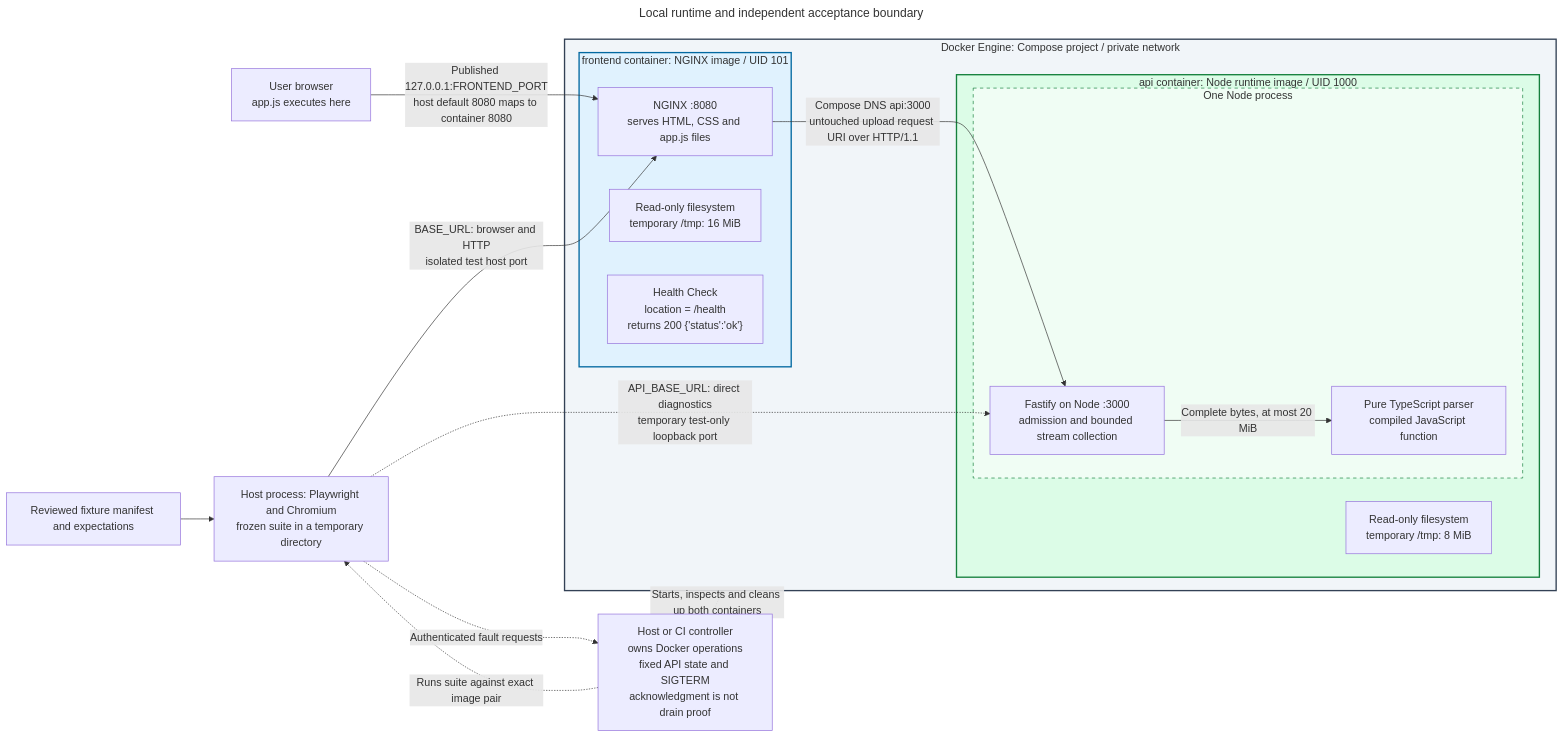
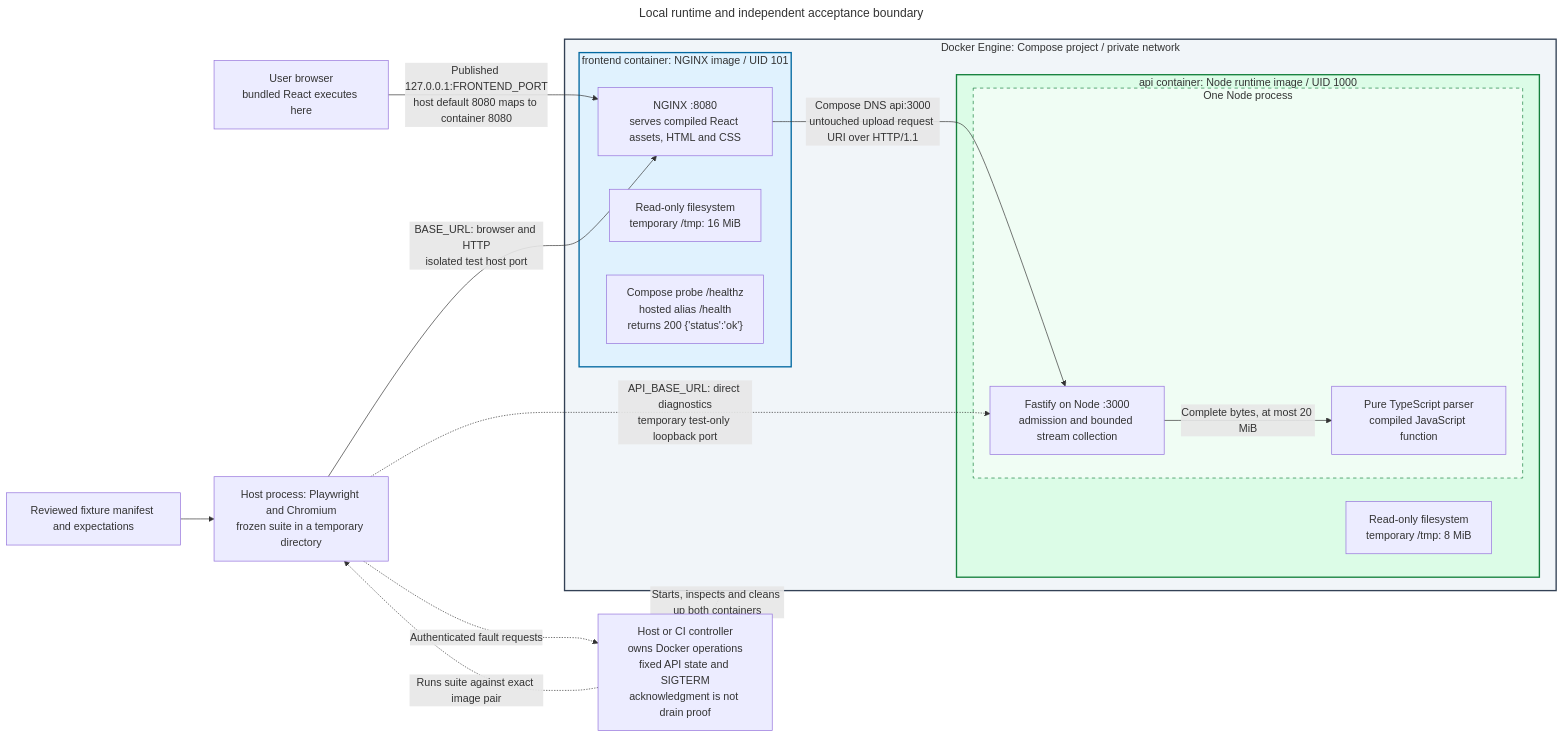
Before and after one commit to brobro10000/mp3-frame-counter: the diagram in docs/architecture/diagrams/runtime.mmd, drawn with Mermaid. The commit also changed 1 other file, not shown here.

Commit message:
docs(architecture): preserve current React and delivery labels

```diff
--- a/docs/architecture/diagrams/runtime.mmd
+++ b/docs/architecture/diagrams/runtime.mmd
@@ -1,57 +1,60 @@
 ---
 title: Local runtime and independent acceptance boundary
 query: >-
   Show Docker wrapping exactly two independently built application images as
   Compose containers. Nest NGINX and its static assets inside the frontend
   container, and Fastify transport plus parser inside one Node process in the
   API container. Put both containers inside Docker's Compose network. Keep
-  browser React, the host controller and extracted Playwright/Chromium runner
-  outside Docker. Distinguish published loopback host port from internal
+  browser React from frontend/src/App.tsx, the host controller and extracted
+  Playwright/Chromium runner outside Docker. The frontend build uses Vite.
+  Distinguish published loopback host port from internal
   frontend port 8080 and private API port 3000, with a separate test-only
   loopback binding for direct API diagnostics. Show source-defined runtime
   users, read-only filesystems, temporary mounts and bounded in-process parsing.
   Do not imply a third parser/test container, Node frontend runtime or cloud
   deployment. Keep fixed API lifecycle readback and SIGTERM inside the host
   controller; command acknowledgment does not prove graceful drain.
 references:
   - 'File: /compose.yaml'
   - 'File: /frontend/Dockerfile'
   - 'File: /frontend/src/App.tsx'
+  - 'File: /frontend/src/main.tsx'
   - 'File: /frontend/vite.config.ts'
+  - 'File: /package.json'
   - 'File: /frontend/nginx.conf.template'
   - 'File: /server/Dockerfile'
   - 'File: /server/src/http.ts'
   - 'File: /server/src/mp3.ts'
   - 'File: /scripts/run-e2e.mjs'
   - 'File: /scripts/e2e-controller.mjs'
 generationTime: '2026-10-11T13:20:27.232Z'
 ---
 flowchart LR
-    B["User browser<br/>app.js executes here"]
+    B["User browser<br/>bundled React executes here"]
     subgraph DOCKER["Docker Engine: Compose project / private network"]
         subgraph FRONT["frontend container: NGINX image / UID 101"]
-            F["NGINX :8080<br/>serves HTML, CSS and app.js files"]
+            F["NGINX :8080<br/>serves compiled React assets, HTML and CSS"]
             FS["Read-only filesystem<br/>temporary /tmp: 16 MiB"]
-            H["Health Check<br/>location = /health<br/>returns 200 {'status':'ok'}"]
+            H["Compose probe /healthz<br/>hosted alias /health<br/>returns 200 {'status':'ok'}"]
         end
         subgraph BACK["api container: Node runtime image / UID 1000"]
             subgraph NODE["One Node process"]
                 A["Fastify on Node :3000<br/>admission and bounded stream collection"]
                 P["Pure TypeScript parser<br/>compiled JavaScript function"]
                 A -->|"Complete bytes, at most 20 MiB"| P
             end
             AS["Read-only filesystem<br/>temporary /tmp: 8 MiB"]
         end
         F -->|"Compose DNS api:3000<br/>untouched upload request URI over HTTP/1.1"| A
     end
     B -->|"Published 127.0.0.1:FRONTEND_PORT<br/>host default 8080 maps to container 8080"| F
     T["Host process: Playwright and Chromium<br/>frozen suite in a temporary directory"] -->|"BASE_URL: browser and HTTP<br/>isolated test host port"| F
     T -.->|"API_BASE_URL: direct diagnostics<br/>temporary test-only loopback port"| A
     O["Reviewed fixture manifest and expectations"] --> T
     C["Host or CI controller<br/>owns Docker operations<br/>fixed API state and SIGTERM<br/>acknowledgment is not drain proof"] -.->|"Starts, inspects and cleans up both containers"| DOCKER
     C -.->|"Runs suite against exact image pair"| T
     T -.->|"Authenticated fault requests"| C
     style DOCKER fill:#f1f5f9,stroke:#334155,stroke-width:2px
     style FRONT fill:#e0f2fe,stroke:#0369a1,stroke-width:2px
     style BACK fill:#dcfce7,stroke:#15803d,stroke-width:2px
     style NODE fill:#f0fdf4,stroke:#15803d,stroke-dasharray:5 5
```
